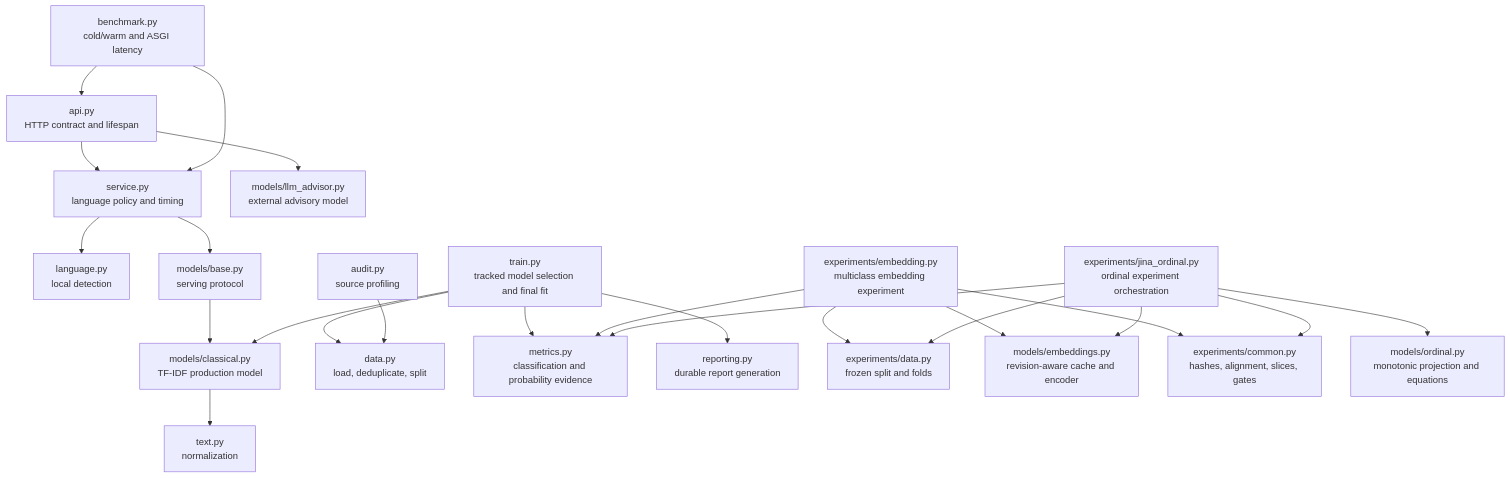
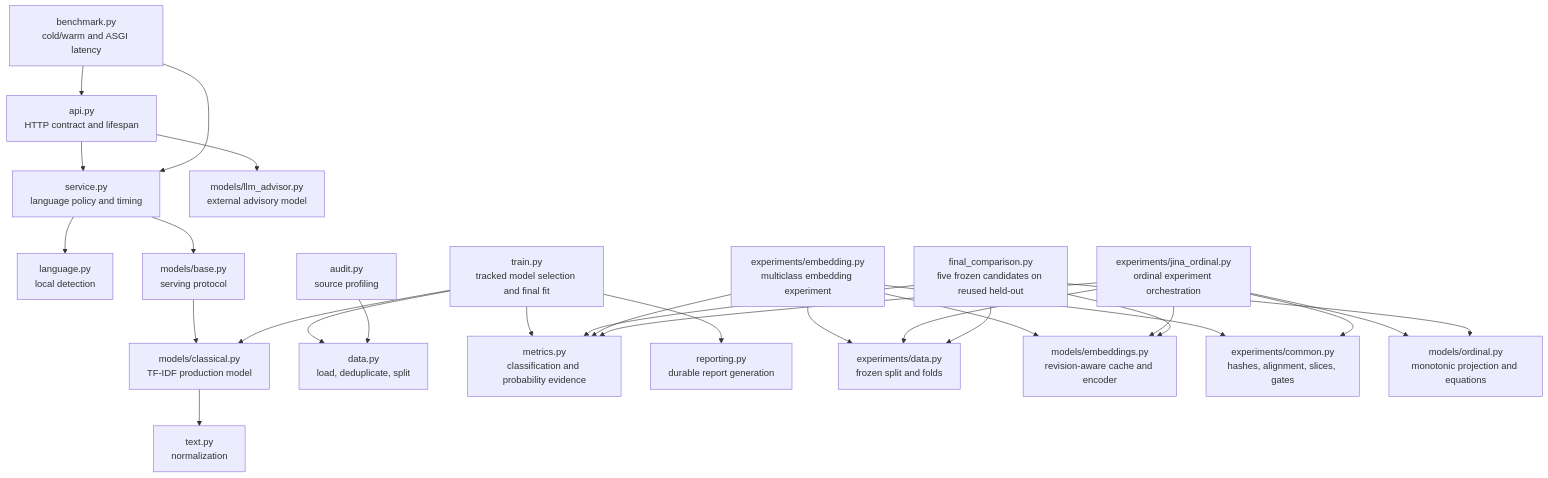
One commit to ylceadap/sentiment-analysis changed the third of 5 diagrams in docs/ARCHITECTURE.md. Above: the diagram before and after it, drawn with Mermaid. The commit also changed other lines of this file and 29 other files, not shown here.

First line of the commit message:
Publish final five-model heldout comparison (#7)

````diff
--- a/docs/ARCHITECTURE.md
+++ b/docs/ARCHITECTURE.md
@@ -72,28 +78,32 @@
 ```mermaid
 flowchart TB
     api["api.py\nHTTP contract and lifespan"] --> service["service.py\nlanguage policy and timing"]
     service --> language["language.py\nlocal detection"]
     service --> contract["models/base.py\nserving protocol"]
     contract --> model["models/classical.py\nTF-IDF production model"]
     model --> text["text.py\nnormalization"]
     api --> advisor["models/llm_advisor.py\nexternal advisory model"]
 
     train["train.py\ntracked model selection and final fit"] --> data["data.py\nload, deduplicate, split"]
     train --> model
     train --> metrics["metrics.py\nclassification and probability evidence"]
     train --> reporting["reporting.py\ndurable report generation"]
 
     embed["experiments/embedding.py\nmulticlass embedding experiment"] --> prepared["experiments/data.py\nfrozen split and folds"]
     embed --> runtime["models/embeddings.py\nrevision-aware cache and encoder"]
     embed --> utilities["experiments/common.py\nhashes, alignment, slices, gates"]
     ordinalexp["experiments/jina_ordinal.py\nordinal experiment orchestration"] --> prepared
     ordinalexp --> runtime
     ordinalexp --> utilities
     ordinalexp --> ordinalmath["models/ordinal.py\nmonotonic projection and equations"]
+    finalcompare["final_comparison.py\nfive frozen candidates on reused held-out"] --> prepared
+    finalcompare --> runtime
+    finalcompare --> ordinalmath
+    finalcompare --> metrics
     embed --> metrics
     ordinalexp --> metrics
 
     benchmark["benchmark.py\ncold/warm and ASGI latency"] --> api
     benchmark --> service
     audit["audit.py\nsource profiling"] --> data
 ```
````
